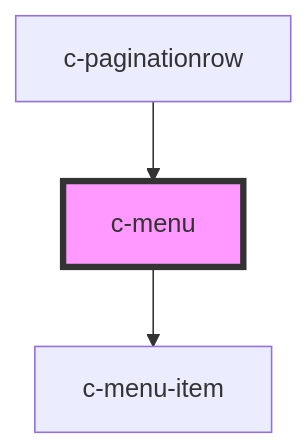
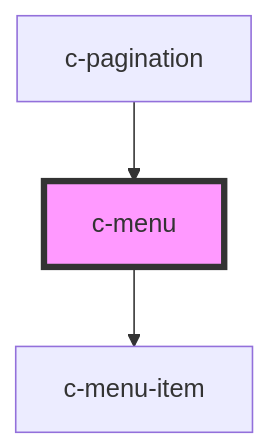
One commit to CSCfi/ui changed the diagram in packages/csc-ui/src/components/c-menu/readme.md. Above: the diagram before and after it, drawn with Mermaid. The commit also changed other lines of this file and 431 other files, not shown here.

````diff
--- a/packages/csc-ui/src/components/c-menu/readme.md
+++ b/packages/csc-ui/src/components/c-menu/readme.md
@@ -29,6 +36,6 @@
 ```mermaid
 graph TD;
   c-menu --> c-menu-item
-  c-paginationrow --> c-menu
+  c-pagination --> c-menu
   style c-menu fill:#f9f,stroke:#333,stroke-width:4px
 ```
````
